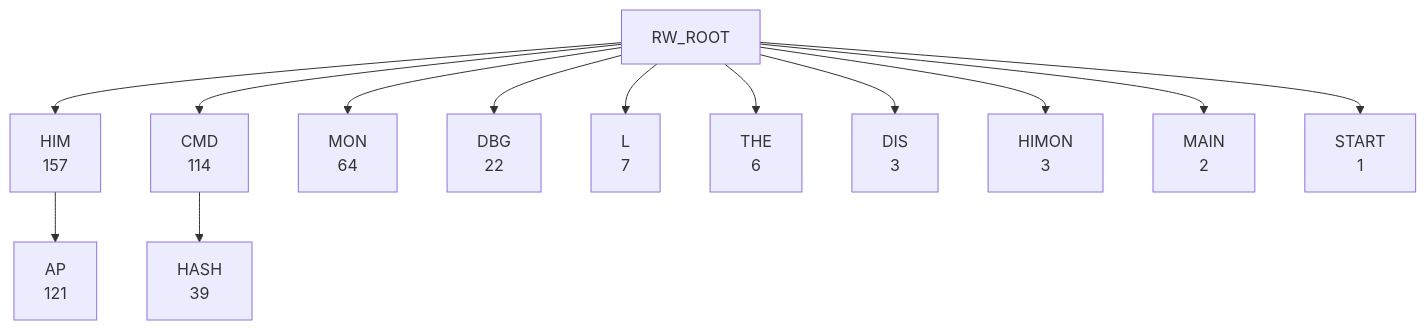
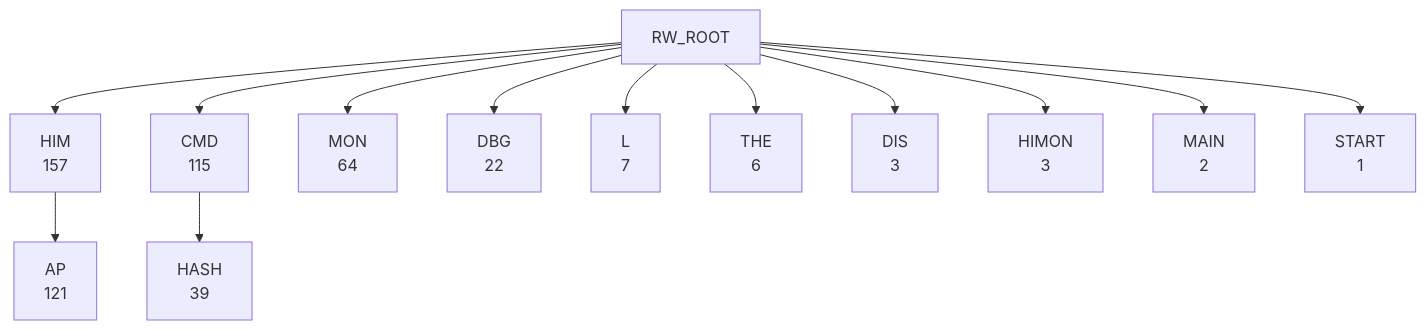
Before and after one commit to 95westus/R-YORS: the second of 8 diagrams in DOC/GENERATED/ROUTINE_WORD_TREE.md, drawn with Mermaid. The commit also changed other lines of this file and 85 other files, not shown here.

````diff
--- a/DOC/GENERATED/ROUTINE_WORD_TREE.md
+++ b/DOC/GENERATED/ROUTINE_WORD_TREE.md
@@ -29,15 +29,15 @@
 ```mermaid
 flowchart TD
     RW_ROOT --> RW_HIM["HIM<br/>157"]
-    RW_ROOT --> RW_CMD["CMD<br/>114"]
+    RW_ROOT --> RW_CMD["CMD<br/>115"]
     RW_ROOT --> RW_MON["MON<br/>64"]
     RW_ROOT --> RW_DBG["DBG<br/>22"]
     RW_ROOT --> RW_L["L<br/>7"]
     RW_ROOT --> RW_THE["THE<br/>6"]
     RW_ROOT --> RW_DIS["DIS<br/>3"]
     RW_ROOT --> RW_HIMON["HIMON<br/>3"]
     RW_ROOT --> RW_MAIN["MAIN<br/>2"]
     RW_ROOT --> RW_START["START<br/>1"]
     RW_HIM --> RW_HIM_AP["AP<br/>121"]
     RW_CMD --> RW_CMD_HASH["HASH<br/>39"]
 ```
````
